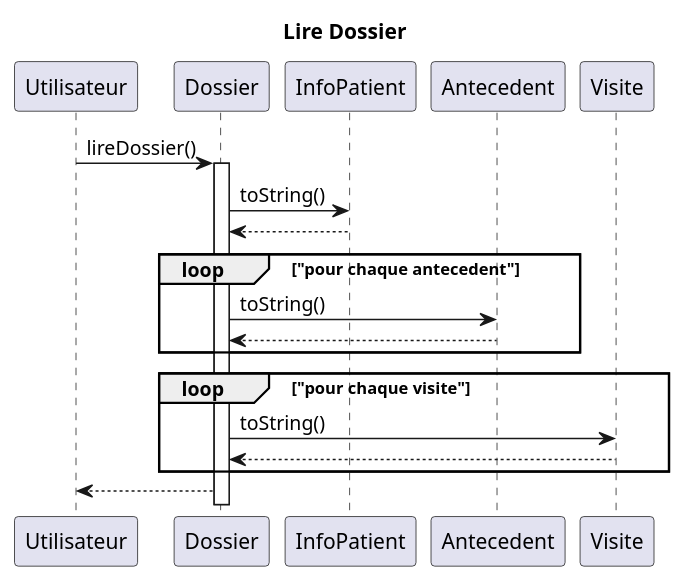
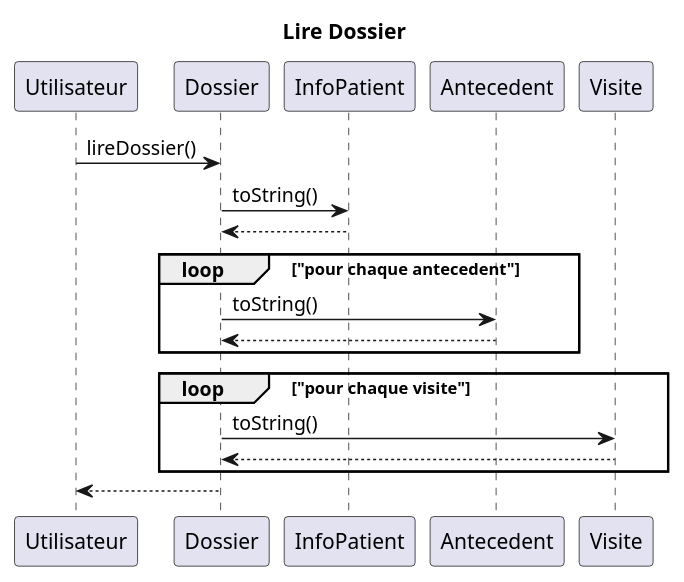
Before and after one commit to vbrayuqam/projet-genielog: the diagram in seqLireDossier.puml, drawn with PlantUML. The commit also changed 1 other file, not shown here.

Commit message:
correction diagramme lireDossier

```diff
--- a/seqLireDossier.puml
+++ b/seqLireDossier.puml
@@ -1,27 +1,26 @@
 @startuml seqLireDossier
 
 title Lire Dossier
 
 participant Utilisateur as U
 participant Dossier as D
 participant InfoPatient as I
 participant Antecedent as A
 participant Visite as V
 
 
 U -> D: lireDossier()
-activate D
 D -> I: toString()
 I --> D
 loop "pour chaque antecedent"
     D -> A: toString()
     A --> D
 end
 loop "pour chaque visite"
     D -> V: toString()
     V --> D
 end
 D --> U
 
 
 @enduml
```
